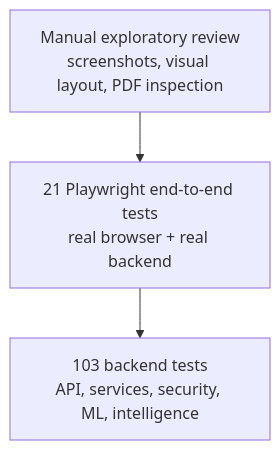
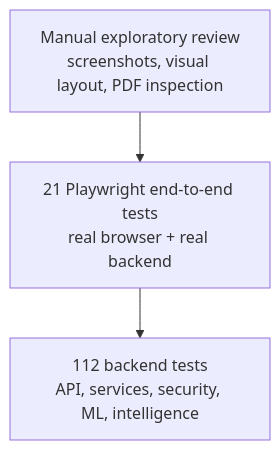
Diagram 39 of 39 in documentation/Final-Year-Project-Report.md (Subhasree456/NetPulse-AI), drawn with Mermaid before and after one commit. The commit also changed other lines of this file and 167 other files, not shown here.

````diff
--- a/documentation/Final-Year-Project-Report.md
+++ b/documentation/Final-Year-Project-Report.md
@@ -3733,8 +3733,8 @@
 ```mermaid
 flowchart TB
     E2E["21 Playwright end-to-end tests<br/>real browser + real backend"]
-    BACK["103 backend tests<br/>API, services, security, ML, intelligence"]
+    BACK["112 backend tests<br/>API, services, security, ML, intelligence"]
     MAN["Manual exploratory review<br/>screenshots, visual layout, PDF inspection"]
 
     MAN --> E2E --> BACK
 ```
````
